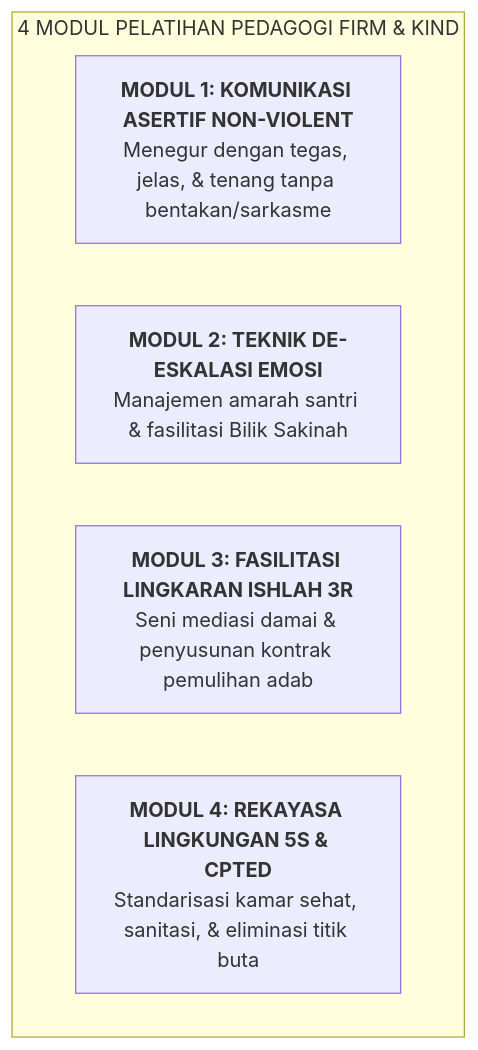
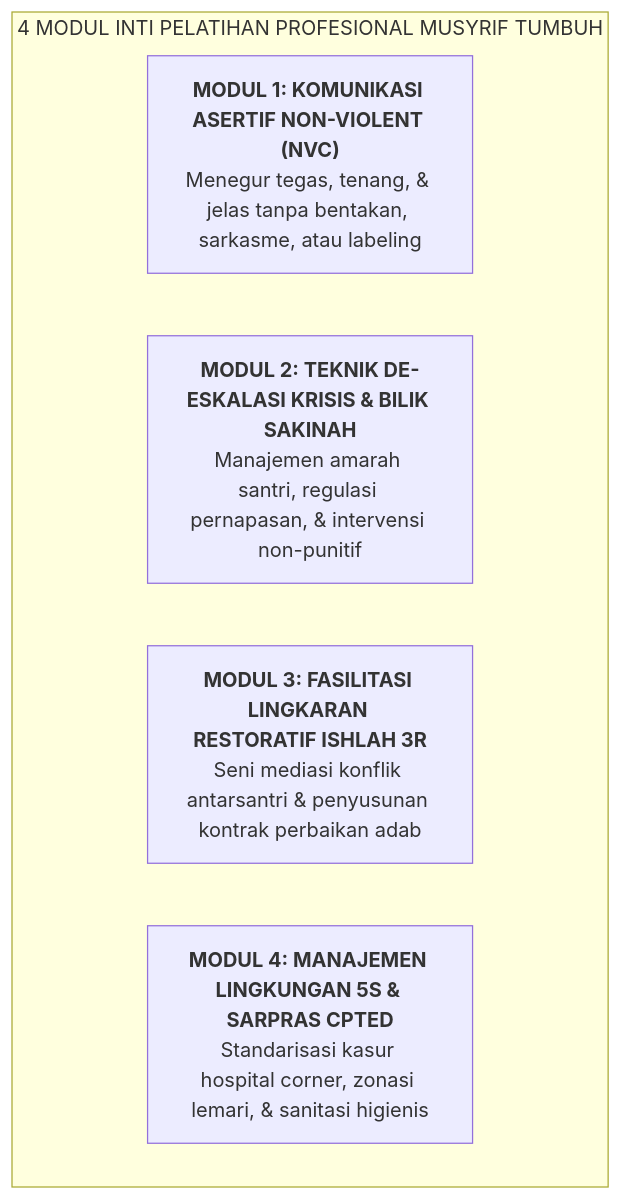
Before and after one commit to wandiapriliyandi/tumbuh: the diagram in BOOK Series 2/Volume-05-Manual-Operasional-SOP-24Jam-dan-Tata-Kelola/Bab-05-Supervisi-Klinis-Musyrif/04-Pengembangan-Keprofesian-Firm-and-Kind.md, drawn with Mermaid. The commit also changed other lines of this file and 61 other files, not shown here.

````diff
--- a/BOOK Series 2/Volume-05-Manual-Operasional-SOP-24Jam-dan-Tata-Kelola/Bab-05-Supervisi-Klinis-Musyrif/04-Pengembangan-Keprofesian-Firm-and-Kind.md
+++ b/BOOK Series 2/Volume-05-Manual-Operasional-SOP-24Jam-dan-Tata-Kelola/Bab-05-Supervisi-Klinis-Musyrif/04-Pengembangan-Keprofesian-Firm-and-Kind.md
@@ -11,9 +11,12 @@
 ```mermaid
 flowchart TD
-    subgraph PilarFirmKind["4 MODUL PELATIHAN PEDAGOGI FIRM & KIND"]
-        M1["<b>MODUL 1: KOMUNIKASI ASERTIF NON-VIOLENT</b><br/>Menegur dengan tegas, jelas, & tenang tanpa bentakan/sarkasme"]
-        M2["<b>MODUL 2: TEKNIK DE-ESKALASI EMOSI</b><br/>Manajemen amarah santri & fasilitasi Bilik Sakinah"]
-        M3["<b>MODUL 3: FASILITASI LINGKARAN ISHLAH 3R</b><br/>Seni mediasi damai & penyusunan kontrak pemulihan adab"]
-        M4["<b>MODUL 4: REKAYASA LINGKUNGAN 5S & CPTED</b><br/>Standarisasi kamar sehat, sanitasi, & eliminasi titik buta"]
+    subgraph KurikulumFirmKind["4 MODUL INTI PELATIHAN PROFESIONAL MUSYRIF TUMBUH"]
+        M1["<b>MODUL 1: KOMUNIKASI ASERTIF NON-VIOLENT (NVC)</b><br/>Menegur tegas, tenang, & jelas tanpa bentakan, sarkasme, atau labeling"]
+        
+        M2["<b>MODUL 2: TEKNIK DE-ESKALASI KRISIS & BILIK SAKINAH</b><br/>Manajemen amarah santri, regulasi pernapasan, & intervensi non-punitif"]
+        
+        M3["<b>MODUL 3: FASILITASI LINGKARAN RESTORATIF ISHLAH 3R</b><br/>Seni mediasi konflik antarsantri & penyusunan kontrak perbaikan adab"]
+        
+        M4["<b>MODUL 4: MANAJEMEN LINGKUNGAN 5S & SARPRAS CPTED</b><br/>Standarisasi kasur hospital corner, zonasi lemari, & sanitasi higienis"]
     end
 ```
````
